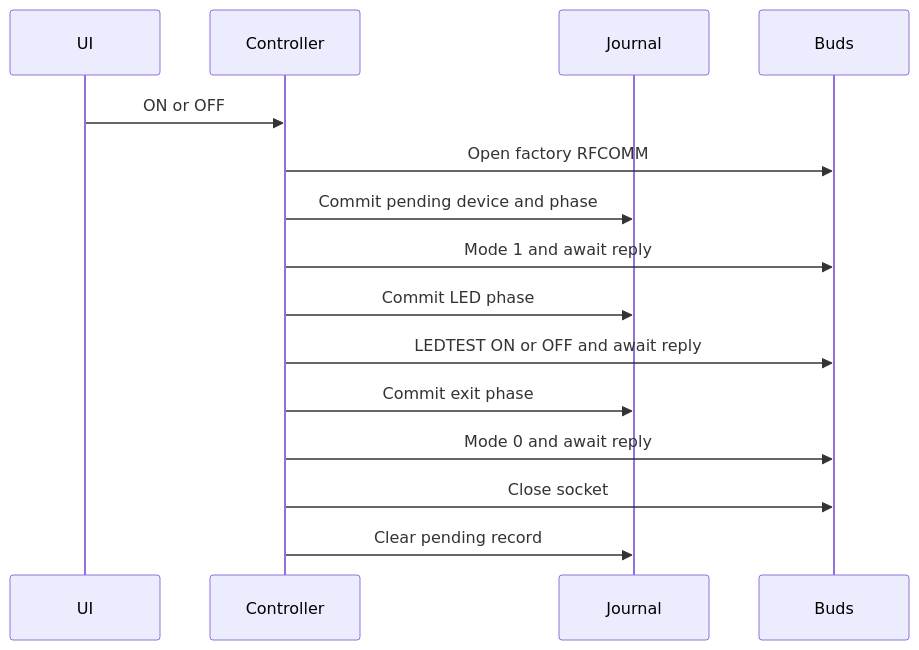
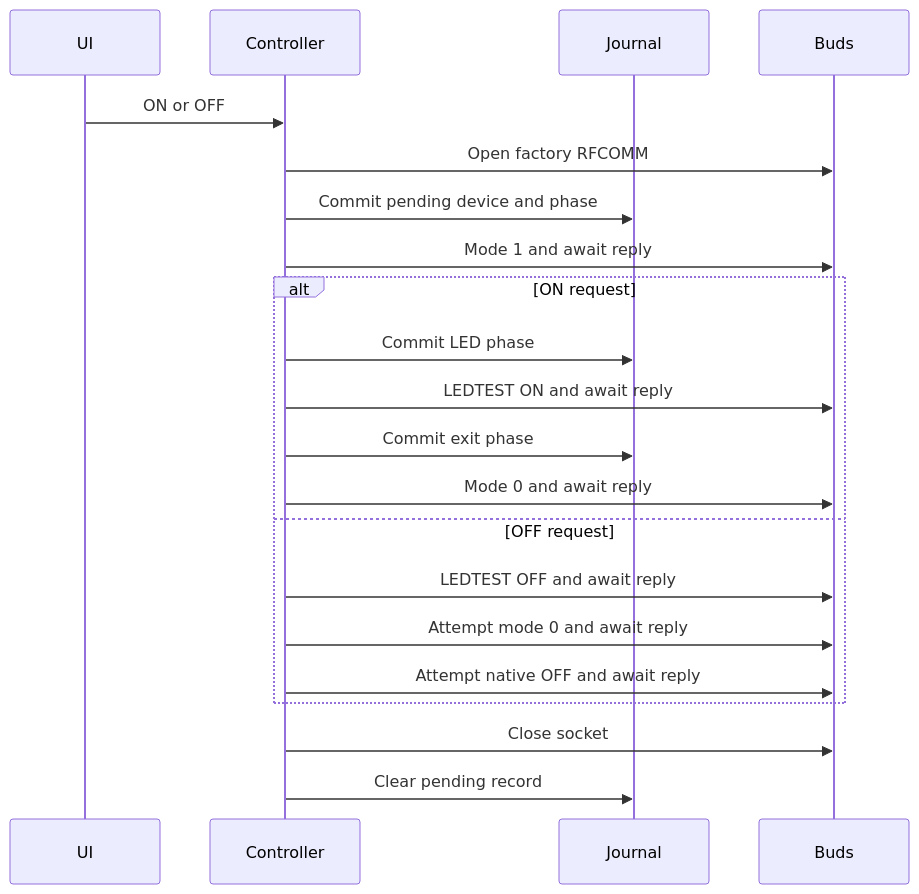
Before and after one commit to suhoxpark/buds-bladelight: the diagram in docs/architecture.md, drawn with Mermaid. The commit also changed other lines of this file and 23 other files, not shown here.

Commit message:
Release v0.7.0 with saved light styles and native OFF cleanup

````diff
--- a/docs/architecture.md
+++ b/docs/architecture.md
@@ -24,17 +25,23 @@
 ```mermaid
 sequenceDiagram
     participant UI
     participant Controller
     participant Journal
     participant Buds
     UI->>Controller: ON or OFF
     Controller->>Buds: Open factory RFCOMM
     Controller->>Journal: Commit pending device and phase
     Controller->>Buds: Mode 1 and await reply
-    Controller->>Journal: Commit LED phase
-    Controller->>Buds: LEDTEST ON or OFF and await reply
-    Controller->>Journal: Commit exit phase
-    Controller->>Buds: Mode 0 and await reply
+    alt ON request
+        Controller->>Journal: Commit LED phase
+        Controller->>Buds: LEDTEST ON and await reply
+        Controller->>Journal: Commit exit phase
+        Controller->>Buds: Mode 0 and await reply
+    else OFF request
+        Controller->>Buds: LEDTEST OFF and await reply
+        Controller->>Buds: Attempt mode 0 and await reply
+        Controller->>Buds: Attempt native OFF and await reply
+    end
     Controller->>Buds: Close socket
     Controller->>Journal: Clear pending record
 ```
````
